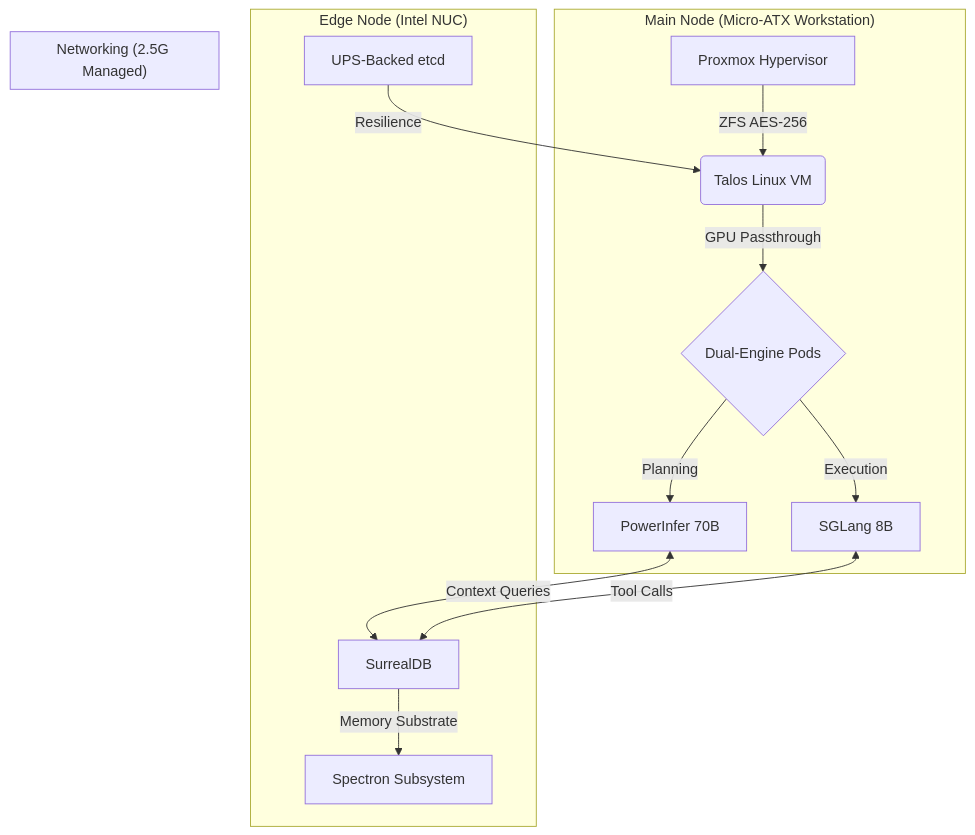
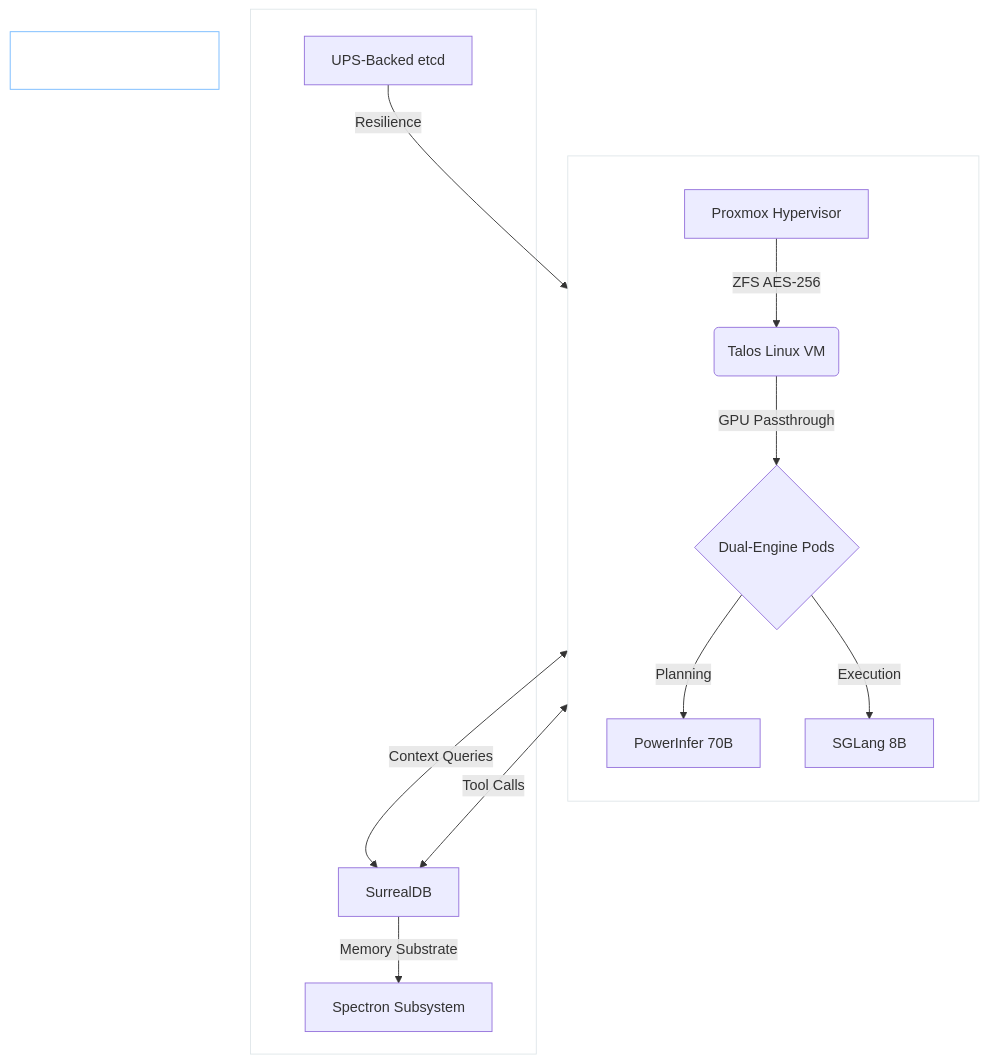
The diagram in docs/index.md (foersben/janus-synapse-edge), drawn with Mermaid before and after one commit. The commit also changed other lines of this file and 11 other files, not shown here.

Commit message:
fixed diagrams

````diff
--- a/docs/index.md
+++ b/docs/index.md
@@ -21,19 +19,24 @@
 ```mermaid
 flowchart TD
-    subgraph "Main Node (Micro-ATX Workstation)"
+    subgraph MainCompute["Main Compute Node (Jonsbo Z20)"]
+        direction TB
         A["Proxmox Hypervisor"] -->|"ZFS AES-256"| B("Talos Linux VM")
         B -->|"GPU Passthrough"| C{"Dual-Engine Pods"}
         C -->|"Planning"| D["PowerInfer 70B"]
         C -->|"Execution"| E["SGLang 8B"]
     end
 
-    subgraph "Edge Node (Intel NUC)"
+    subgraph EdgeNode["Edge Node (Intel NUC)"]
         F["SurrealDB"] -->|"Memory Substrate"| G["Spectron Subsystem"]
         H["UPS-Backed etcd"] -->|"Resilience"| B
     end
 
-    subgraph "Networking (2.5G Managed)"
+    subgraph Networking["Networking (2.5G Managed)"]
         D <-->|"Context Queries"| F
         E <-->|"Tool Calls"| F
     end
+
+    style MainCompute fill:transparent,stroke:#dfe6e9,color:#fff
+    style EdgeNode fill:transparent,stroke:#dfe6e9,color:#fff
+    style Networking fill:transparent,stroke:#74b9ff,color:#fff
 ```
````
